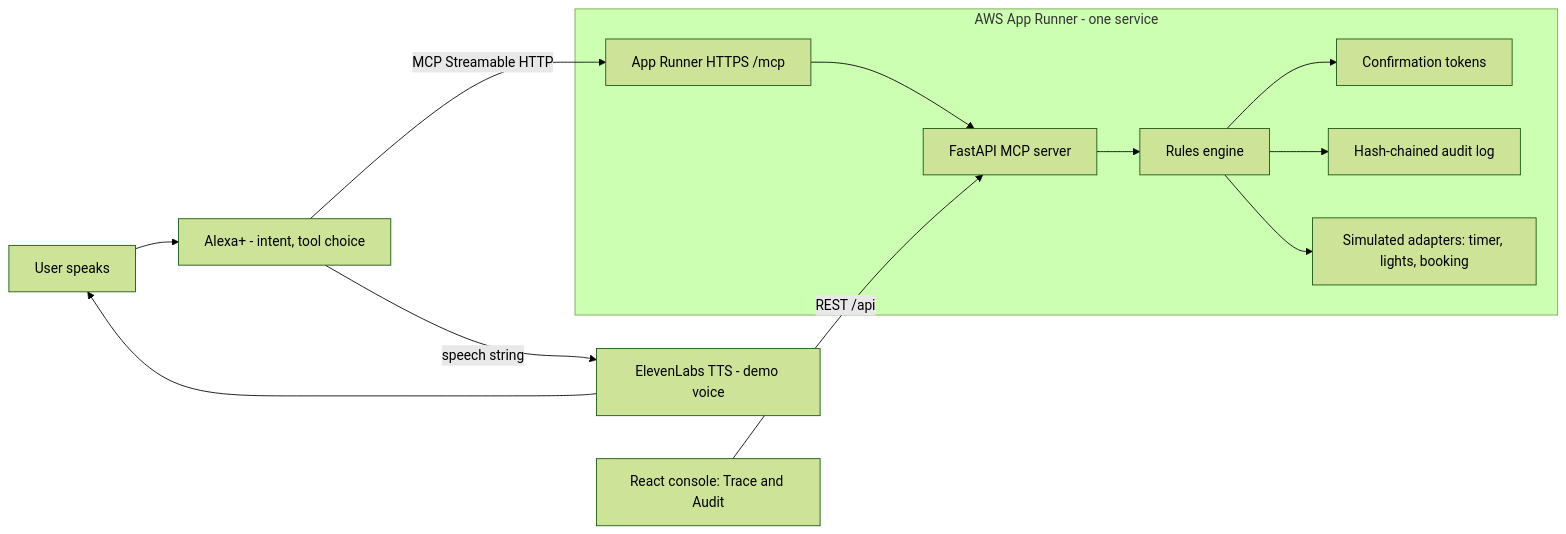
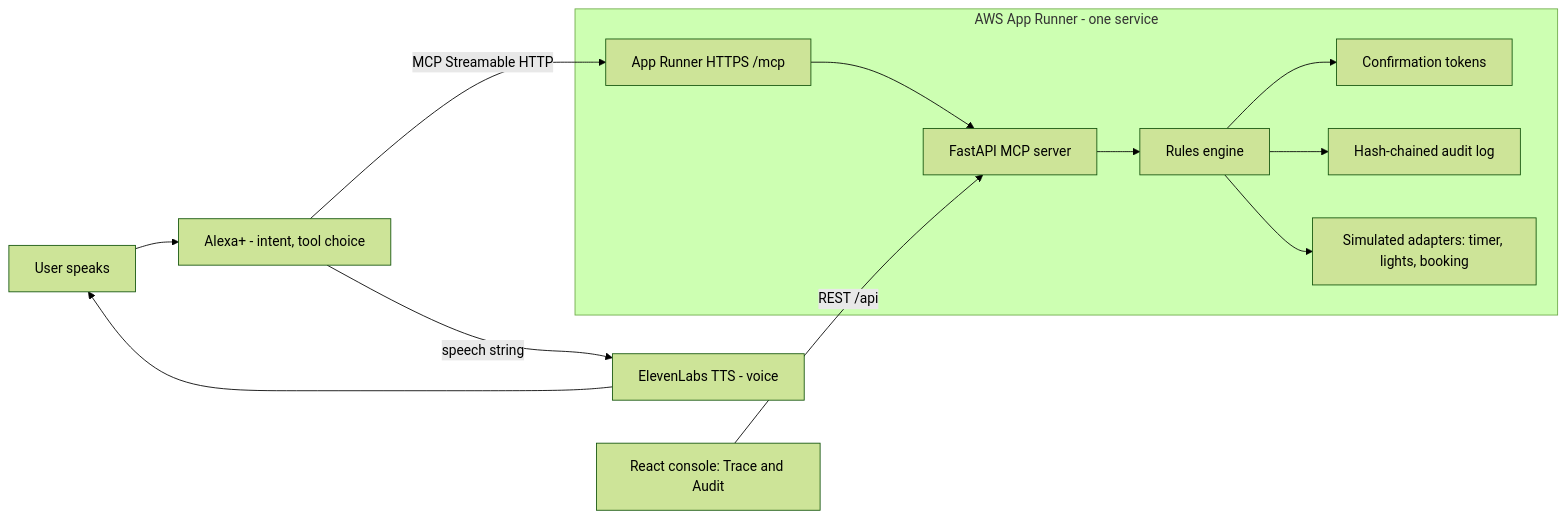
One commit to Lil-mast/Alexa3.2 changed the first of 2 diagrams in docs/BUILD_PLAN.md. Above: the diagram before and after it, drawn with Mermaid (forest theme). The commit also changed other lines of this file and 65 other files, not shown here.

````diff
--- a/docs/BUILD_PLAN.md
+++ b/docs/BUILD_PLAN.md
@@ -13,15 +13,15 @@
 ```mermaid
 graph LR
     User[User speaks] --> AlexaPlus[Alexa+ - intent, tool choice]
     AlexaPlus -->|MCP Streamable HTTP| Endpoint[App Runner HTTPS /mcp]
     subgraph AWS [AWS App Runner - one service]
         Endpoint --> Server[FastAPI MCP server]
         Server --> Rules[Rules engine]
         Rules --> Confirm[Confirmation tokens]
         Rules --> Audit[Hash-chained audit log]
         Rules --> Adapters[Simulated adapters: timer, lights, booking]
     end
-    AlexaPlus -->|speech string| Voice[ElevenLabs TTS - demo voice]
+    AlexaPlus -->|speech string| Voice[ElevenLabs TTS - voice]
     Voice --> User
     Console[React console: Trace and Audit] -->|REST /api| Server
 ```
````
